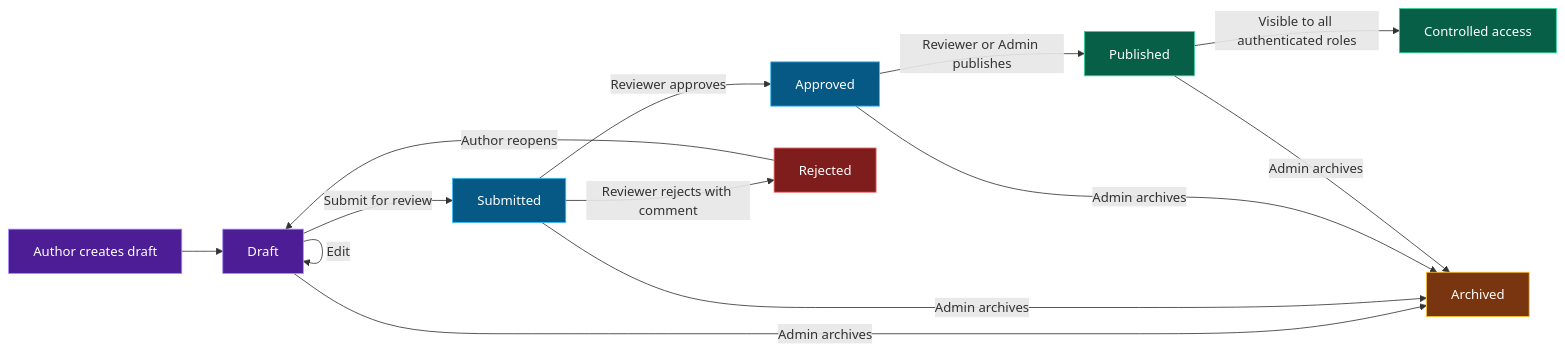
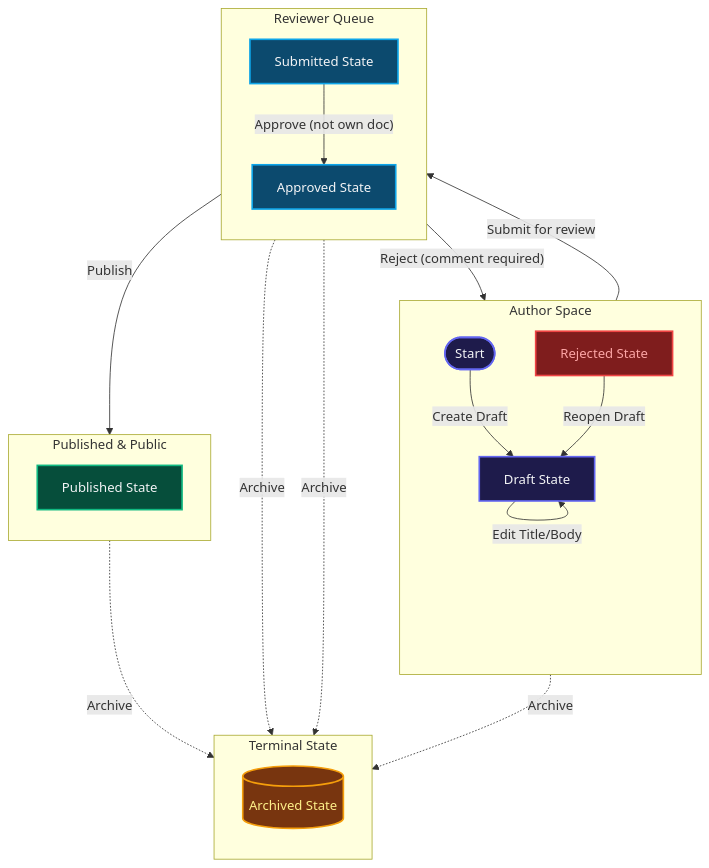
The diagram in README.md (Shubhamsah27/ElevateBox), drawn with Mermaid before and after one commit.

Commit message:
Update Document Workflow diagram in README

````diff
--- a/README.md
+++ b/README.md
@@ -9,27 +9,51 @@
 ```mermaid
-flowchart LR
-    A["Author creates draft"] --> B["Draft"]
-    B -->|"Edit"| B
-    B -->|"Submit for review"| C["Submitted"]
-    C -->|"Reviewer approves"| D["Approved"]
-    C -->|"Reviewer rejects with comment"| E["Rejected"]
-    E -->|"Author reopens"| B
-    D -->|"Reviewer or Admin publishes"| F["Published"]
-    F -->|"Visible to all authenticated roles"| G["Controlled access"]
-    B -->|"Admin archives"| H["Archived"]
-    C -->|"Admin archives"| H
-    D -->|"Admin archives"| H
-    F -->|"Admin archives"| H
+flowchart TB
+    %% Nodes & Transitions
+    subgraph Author ["Author Space"]
+        direction TB
+        A(["Start"]) -->|"Create Draft"| B["Draft State"]
+        B -->|"Edit Title/Body"| B
+        E["Rejected State"] -->|"Reopen Draft"| B
+    end
 
-    classDef author fill:#4c1d95,stroke:#a78bfa,color:#ffffff
-    classDef reviewer fill:#075985,stroke:#38bdf8,color:#ffffff
-    classDef success fill:#065f46,stroke:#34d399,color:#ffffff
-    classDef warning fill:#7f1d1d,stroke:#f87171,color:#ffffff
-    classDef archive fill:#78350f,stroke:#fbbf24,color:#ffffff
+    subgraph Reviewer ["Reviewer Queue"]
+        direction TB
+        C["Submitted State"]
+        D["Approved State"]
+    end
+
+    subgraph Final ["Published & Public"]
+        direction TB
+        F["Published State"]
+    end
+
+    subgraph Admin ["Terminal State"]
+        direction TB
+        H[("Archived State")]
+    end
+
+    %% State Transitions across sections
+    B -->|"Submit for review"| C
+    C -->|"Approve (not own doc)"| D
+    C -->|"Reject (comment required)"| E
+    D -->|"Publish"| F
+    
+    %% Admin Archiving pathways
+    B -.->|"Archive"| H
+    C -.->|"Archive"| H
+    D -.->|"Archive"| H
+    F -.->|"Archive"| H
+
+    %% Styling and Classes
+    classDef author fill:#1e1b4b,stroke:#6366f1,stroke-width:2px,color:#f3f4f6
+    classDef reviewer fill:#0c4a6e,stroke:#0ea5e9,stroke-width:2px,color:#f3f4f6
+    classDef success fill:#064e3b,stroke:#10b981,stroke-width:2px,color:#f3f4f6
+    classDef warning fill:#7f1d1d,stroke:#ef4444,stroke-width:2px,color:#fca5a5
+    classDef archive fill:#78350f,stroke:#f59e0b,stroke-width:2px,color:#fef08a
 
     class A,B author
     class C,D reviewer
-    class F,G success
+    class F success
     class E warning
     class H archive
 ```
````
